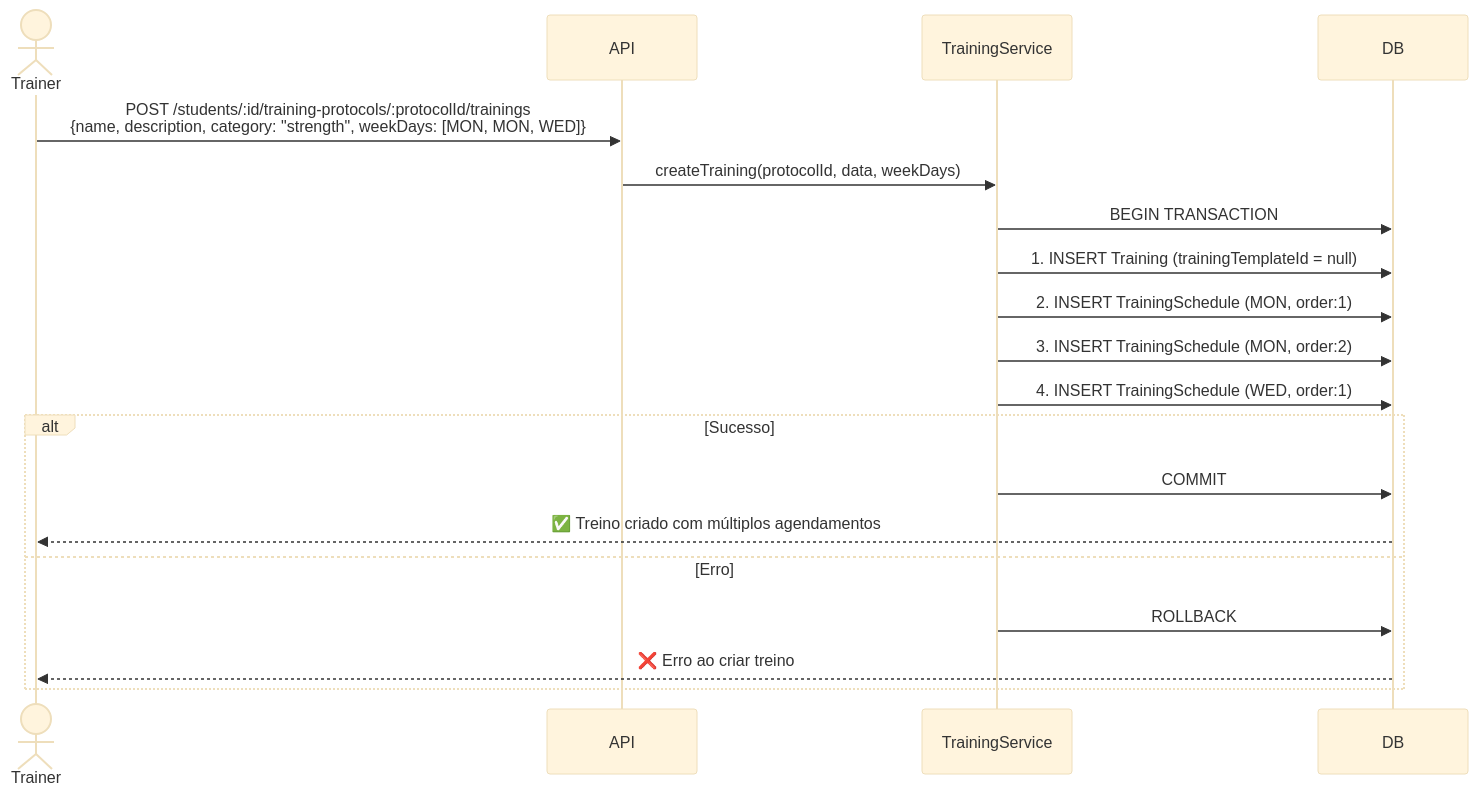
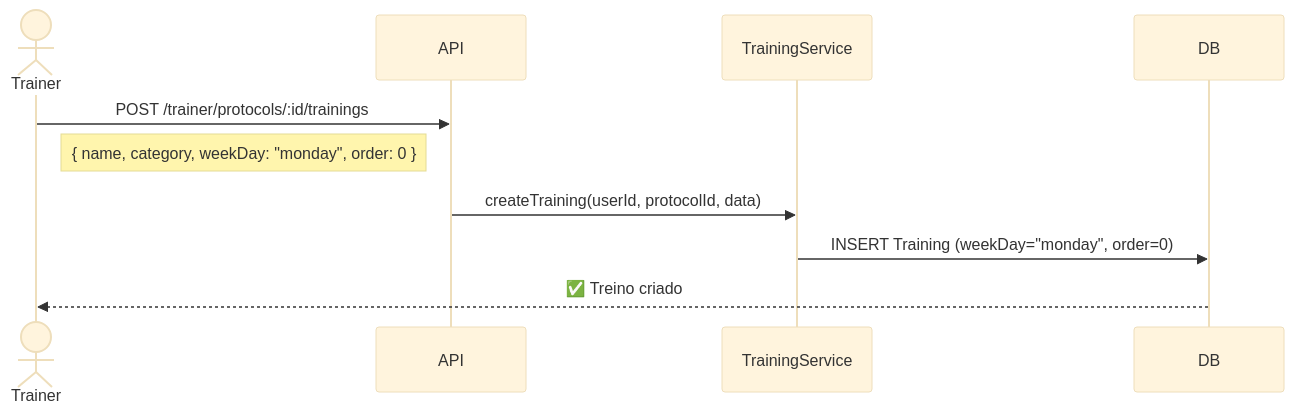
Before and after one commit to treinoway/teufit-service: the fourth of 4 diagrams in docs/adr/001-training-system-architecture.md, drawn with Mermaid (base theme). The commit also changed other lines of this file and 17 other files, not shown here.

````diff
--- a/docs/adr/001-training-system-architecture.md
+++ b/docs/adr/001-training-system-architecture.md
@@ -421,24 +280,13 @@
 ```mermaid
 sequenceDiagram
     actor Trainer
     participant API
     participant TrainingService
     participant DB
 
-    Trainer->>API: POST /students/:id/training-protocols/:protocolId/trainings<br/>{name, description, category: "strength", weekDays: [MON, MON, WED]}
-    API->>TrainingService: createTraining(protocolId, data, weekDays)
-
-    TrainingService->>DB: BEGIN TRANSACTION
-    TrainingService->>DB: 1. INSERT Training (trainingTemplateId = null)
-    TrainingService->>DB: 2. INSERT TrainingSchedule (MON, order:1)
-    TrainingService->>DB: 3. INSERT TrainingSchedule (MON, order:2)
-    TrainingService->>DB: 4. INSERT TrainingSchedule (WED, order:1)
-
-    alt Sucesso
-        TrainingService->>DB: COMMIT
-        DB-->>Trainer: ✅ Treino criado com múltiplos agendamentos
-    else Erro
-        TrainingService->>DB: ROLLBACK
-        DB-->>Trainer: ❌ Erro ao criar treino
-    end
+    Trainer->>API: POST /trainer/protocols/:id/trainings
+    Note right of Trainer: { name, category, weekDay: "monday", order: 0 }
+    API->>TrainingService: createTraining(userId, protocolId, data)
+    TrainingService->>DB: INSERT Training (weekDay="monday", order=0)
+    DB-->>Trainer: ✅ Treino criado
 ```
````
